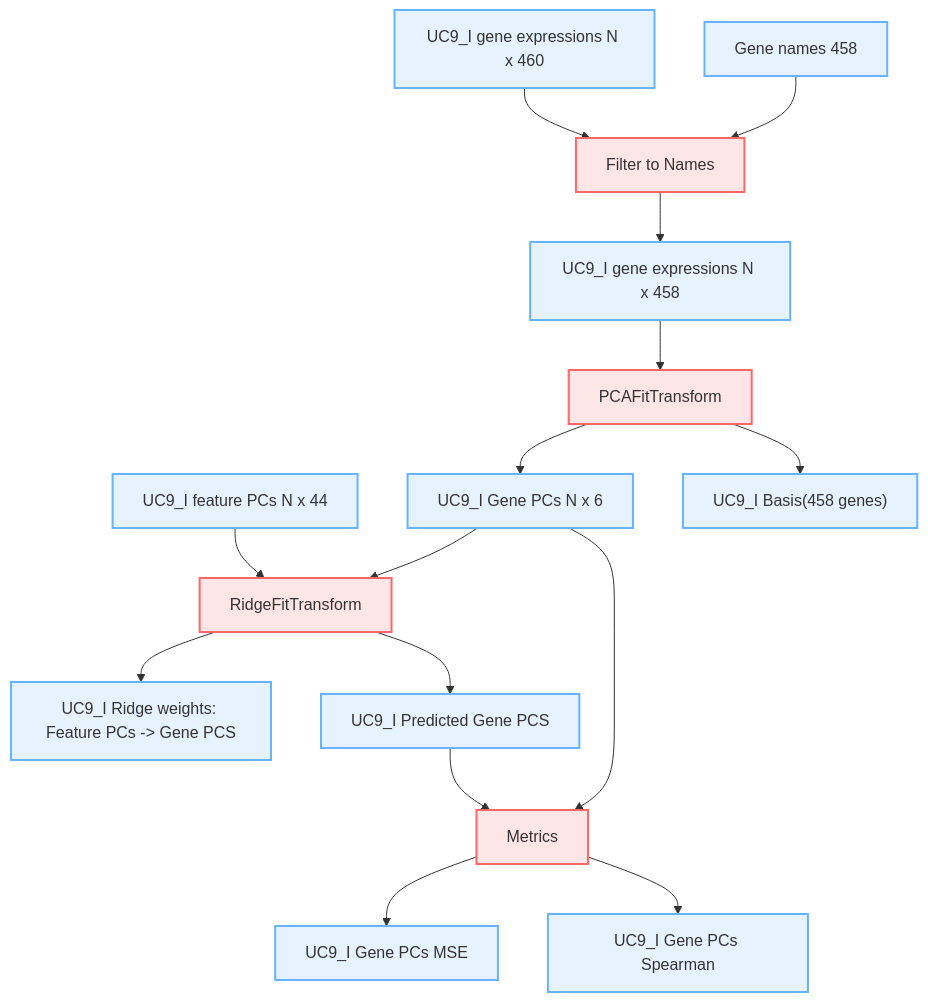
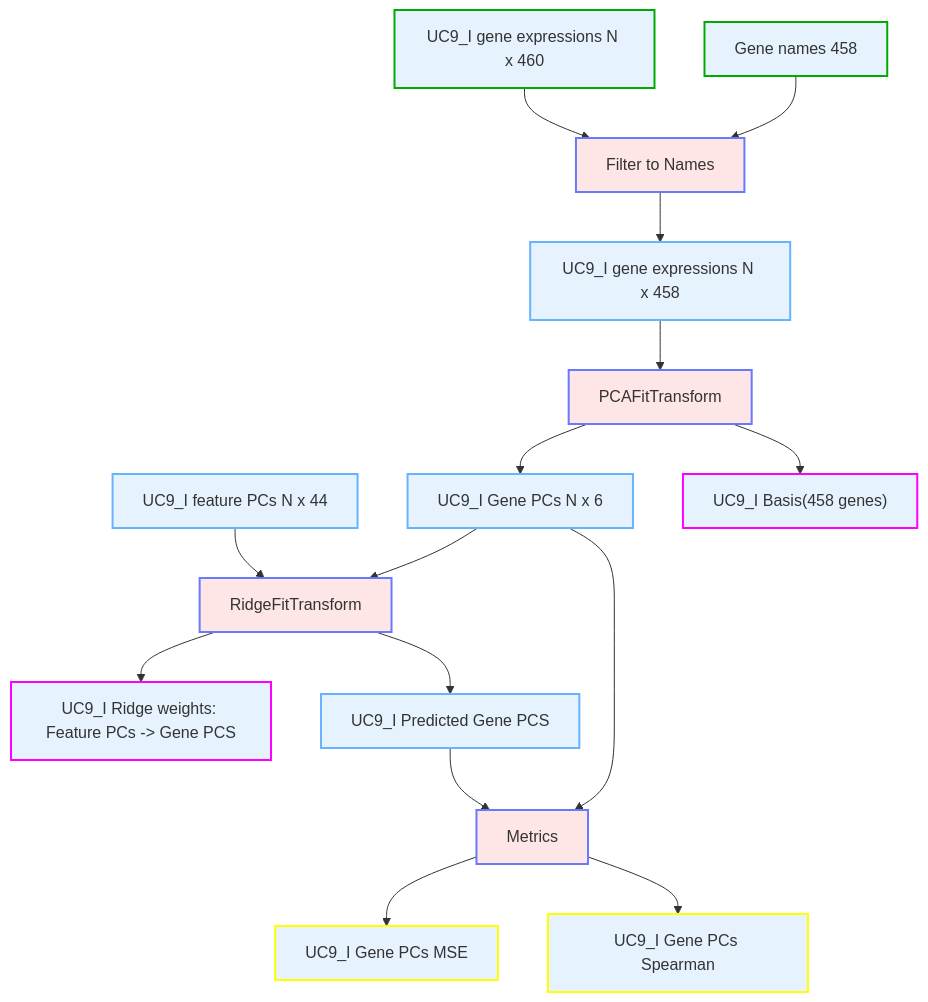
The diagram in mermaid/UC9_I_gene_pcs.mmd (catskillsresearch/broad-3-catskills), drawn with Mermaid before and after one commit. The commit also changed 4 other files, not shown here.

```diff
--- a/mermaid/UC9_I_gene_pcs.mmd
+++ b/mermaid/UC9_I_gene_pcs.mmd
@@ -1,21 +1,24 @@
 %%{init: {'themeVariables': {'nodeTextColor':'#000'}}}%%
 flowchart TD
     classDef data fill:#e6f3ff,stroke:#66b3ff,stroke-width:2px
-    classDef op fill:#ffe6e6,stroke:#ff6666,stroke-width:2px,shape:round-rect
+    classDef op fill:#ffe6e6,stroke:#667aff,stroke-width:2px,shape:round-rect
+    classDef inputData fill:#e6f3ff,stroke:#00AA00,stroke-width:2px
+    classDef outputData fill:#e6f3ff,stroke:#FF00FF,stroke-width:2px
+    classDef outputMetric fill:#e6f3ff,stroke:#FFFF00,stroke-width:2px
 
     data4["UC9_I feature PCs N x 44"]:::data
-    data17["Gene names 458"]:::data
-    data6["UC9_I gene expressions N x 460"]:::data
+    data17["Gene names 458"]:::inputData
+    data6["UC9_I gene expressions N x 460"]:::inputData
     data6 & data17--> op4["Filter to Names"]:::op
     op4 --> data7["UC9_I gene expressions N x 458"]:::data
     data7 --> op5["PCAFitTransform"]:::op
     op5 --> data8["UC9_I Gene PCs N x 6"]:::data
-    op5 --> data9["UC9_I Basis(458 genes)"]:::data
+    op5 --> data9["UC9_I Basis(458 genes)"]:::outputData
 
     data4 & data8 --> op6["RidgeFitTransform"]:::op
-    op6 --> data10["UC9_I Ridge weights: Feature PCs -> Gene PCS"]:::data
+    op6 --> data10["UC9_I Ridge weights: Feature PCs -> Gene PCS"]:::outputData
     op6 --> data11["UC9_I Predicted Gene PCS"]:::data
     data11 --> op8["Metrics"]:::op
-    op8 --> data12["UC9_I Gene PCs MSE"]:::data
-    op8 --> data13["UC9_I Gene PCs Spearman"]:::data
+    op8 --> data12["UC9_I Gene PCs MSE"]:::outputMetric
+    op8 --> data13["UC9_I Gene PCs Spearman"]:::outputMetric
     data8 --> op8
```
